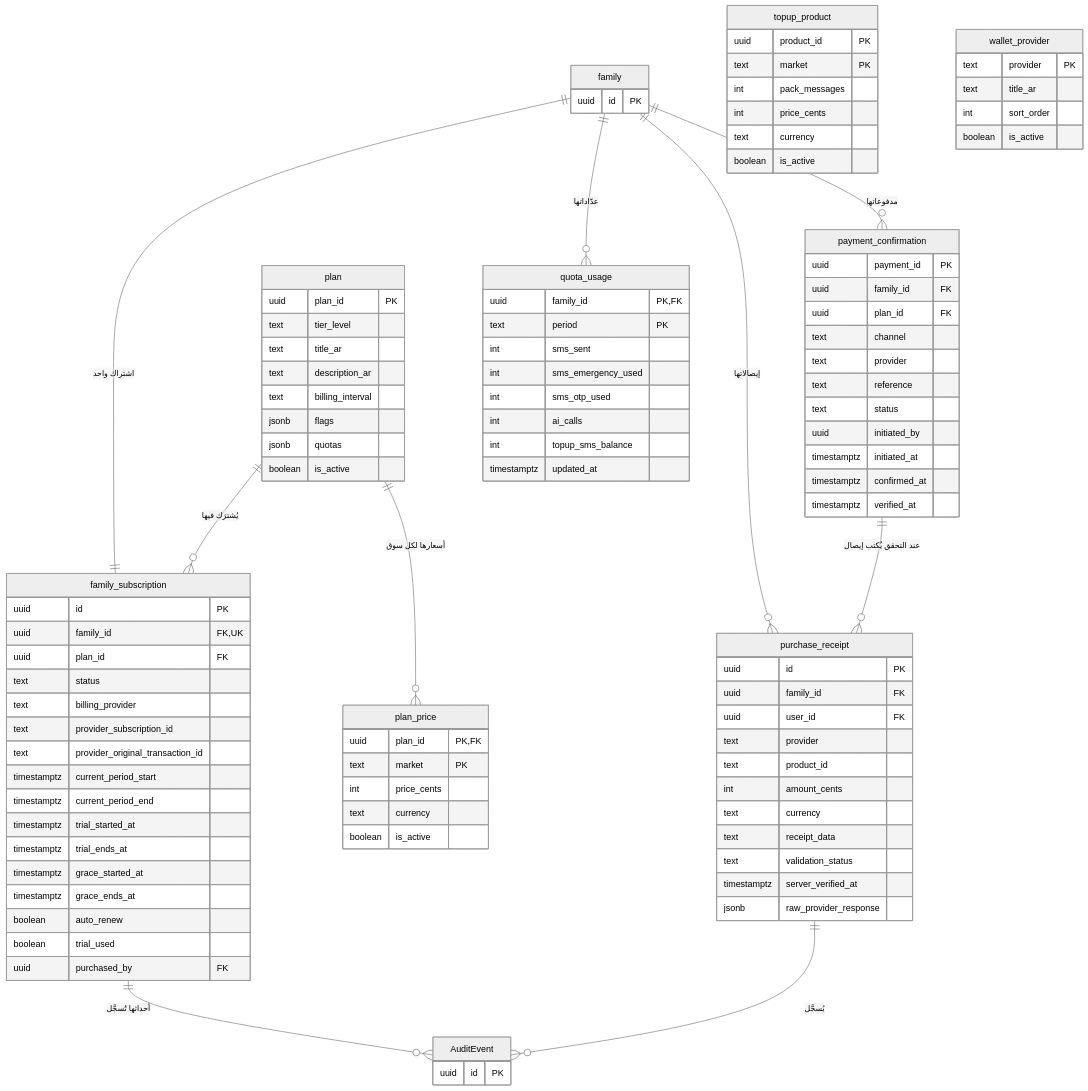
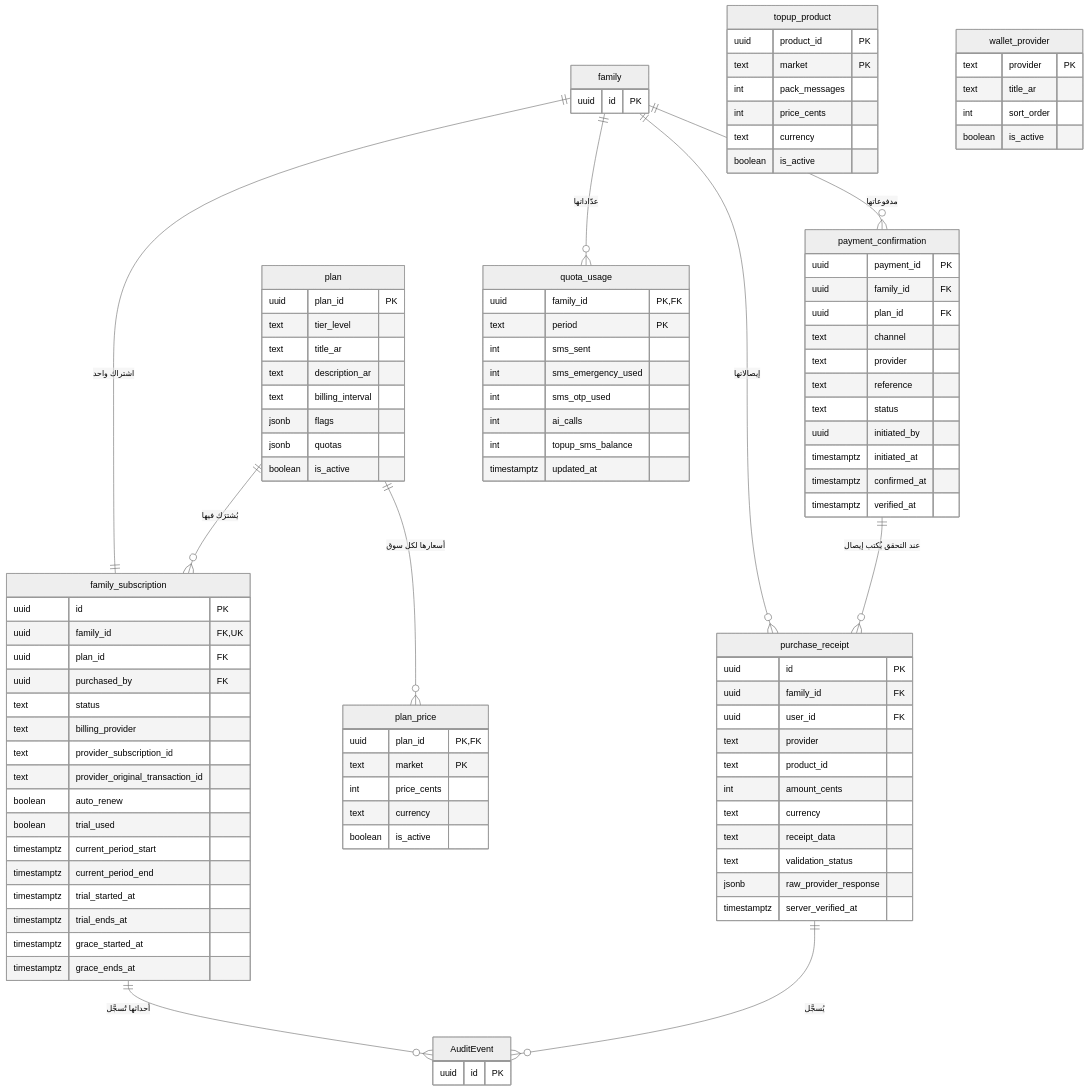
The third of 22 diagrams in docs/family-os/governance/phases/phase-1/S1-04-plans-and-subscriptions/DIAGRAMS.md (Bassam-mohammed-alqaeadi/family-os-v2), drawn with Mermaid (neutral theme) before and after one commit. The commit also changed other lines of this file, not shown here.

```diff
--- a/docs/family-os/governance/phases/phase-1/S1-04-plans-and-subscriptions/DIAGRAMS.md
+++ b/docs/family-os/governance/phases/phase-1/S1-04-plans-and-subscriptions/DIAGRAMS.md
@@ -112,19 +138,19 @@
         uuid id PK
         uuid family_id FK, UK
         uuid plan_id FK
+        uuid purchased_by FK
         text status
         text billing_provider
         text provider_subscription_id
         text provider_original_transaction_id
+        boolean auto_renew
+        boolean trial_used
         timestamptz current_period_start
         timestamptz current_period_end
         timestamptz trial_started_at
         timestamptz trial_ends_at
         timestamptz grace_started_at
         timestamptz grace_ends_at
-        boolean auto_renew
-        boolean trial_used
-        uuid purchased_by FK
     }
     purchase_receipt {
         uuid id PK
@@ -136,8 +162,8 @@
         text currency
         text receipt_data
         text validation_status
+        jsonb raw_provider_response
         timestamptz server_verified_at
-        jsonb raw_provider_response
     }
     payment_confirmation {
         uuid payment_id PK
```
